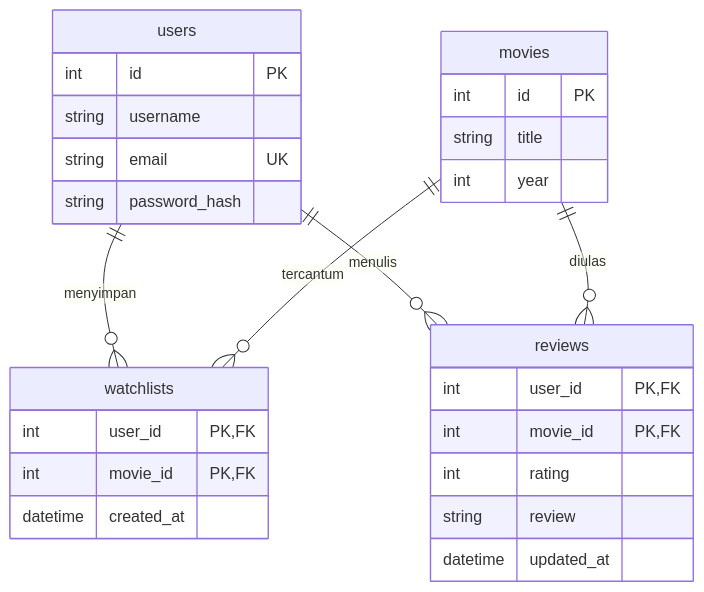
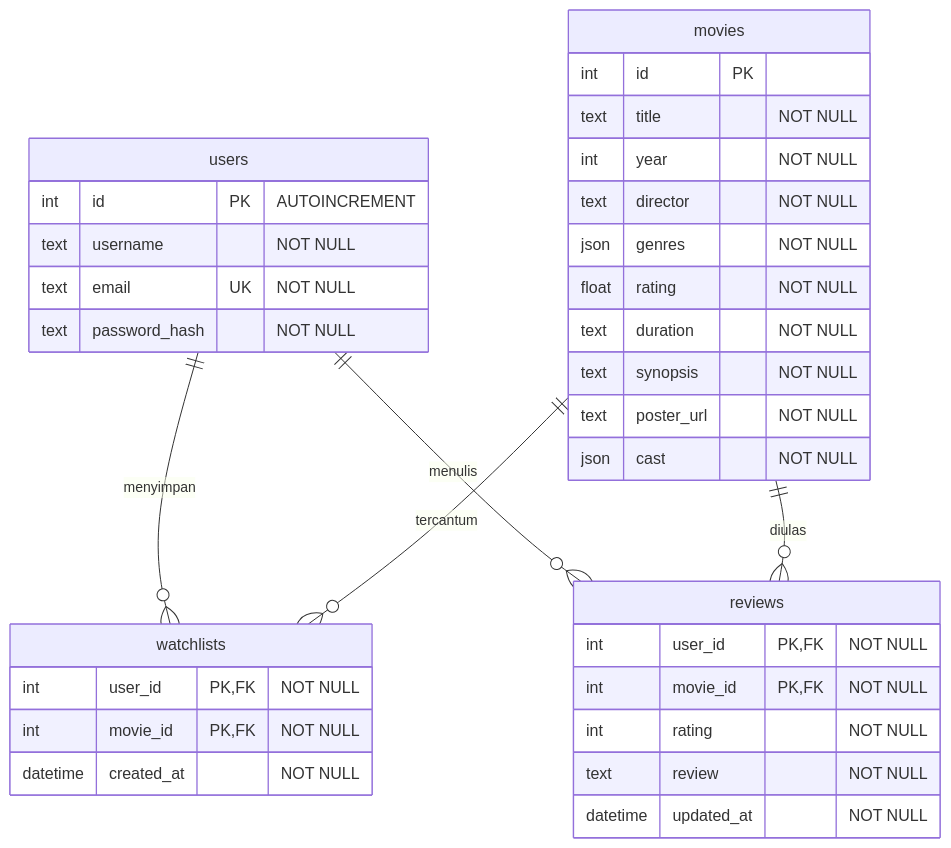
The diagram in README.md (janupashasp/filmlog-janupasha), drawn with Mermaid before and after one commit. The commit also changed other lines of this file, not shown here.

````diff
--- a/README.md
+++ b/README.md
@@ -113,31 +111,41 @@
 ```mermaid
 erDiagram
     users ||--o{ watchlists : menyimpan
     movies ||--o{ watchlists : tercantum
     users ||--o{ reviews : menulis
     movies ||--o{ reviews : diulas
 
     users {
-        int id PK
-        string username
-        string email UK
-        string password_hash
+        int id PK "AUTOINCREMENT"
+        text username "NOT NULL"
+        text email UK "NOT NULL"
+        text password_hash "NOT NULL"
     }
+
     movies {
         int id PK
-        string title
-        int year
+        text title "NOT NULL"
+        int year "NOT NULL"
+        text director "NOT NULL"
+        json genres "NOT NULL"
+        float rating "NOT NULL"
+        text duration "NOT NULL"
+        text synopsis "NOT NULL"
+        text poster_url "NOT NULL"
+        json cast "NOT NULL"
     }
+
     watchlists {
-        int user_id PK, FK
-        int movie_id PK, FK
-        datetime created_at
+        int user_id PK, FK "NOT NULL"
+        int movie_id PK, FK "NOT NULL"
+        datetime created_at "NOT NULL"
     }
+
     reviews {
-        int user_id PK, FK
-        int movie_id PK, FK
-        int rating
-        string review
-        datetime updated_at
+        int user_id PK, FK "NOT NULL"
+        int movie_id PK, FK "NOT NULL"
+        int rating "NOT NULL"
+        text review "NOT NULL"
+        datetime updated_at "NOT NULL"
     }
 ```
````
